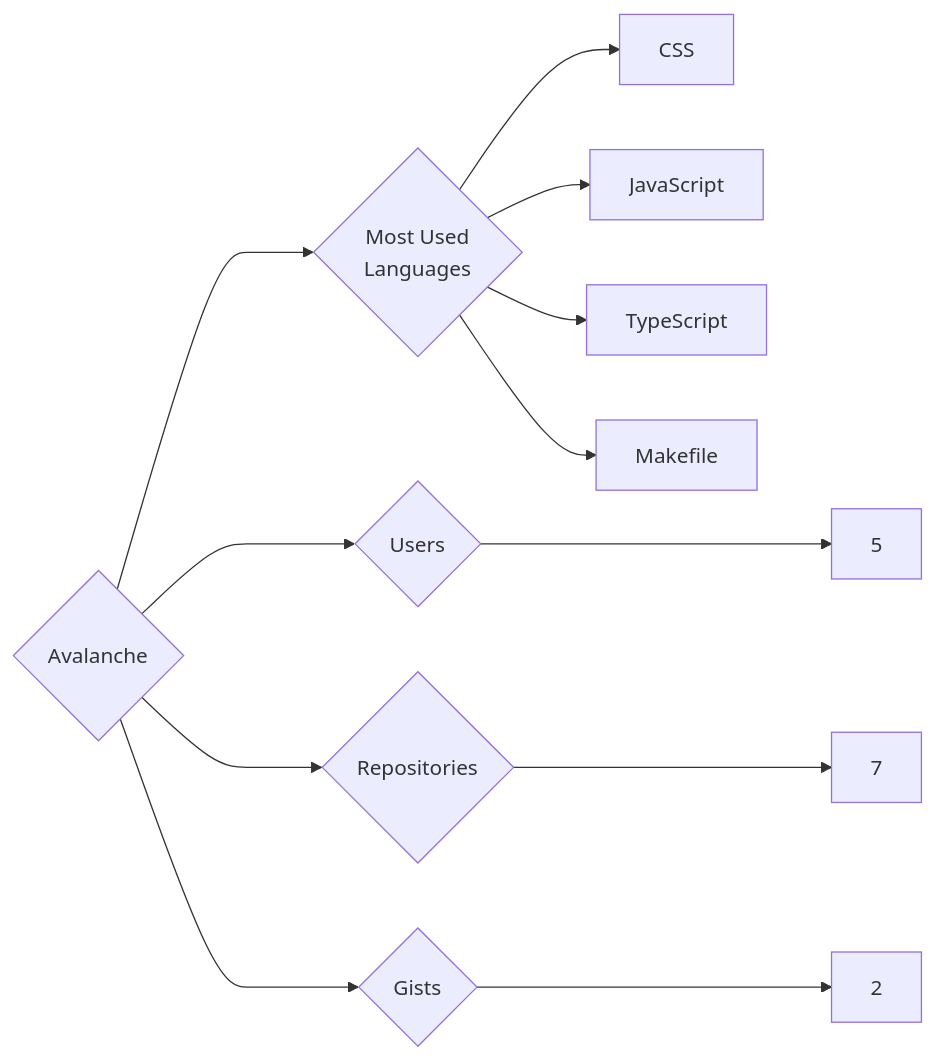
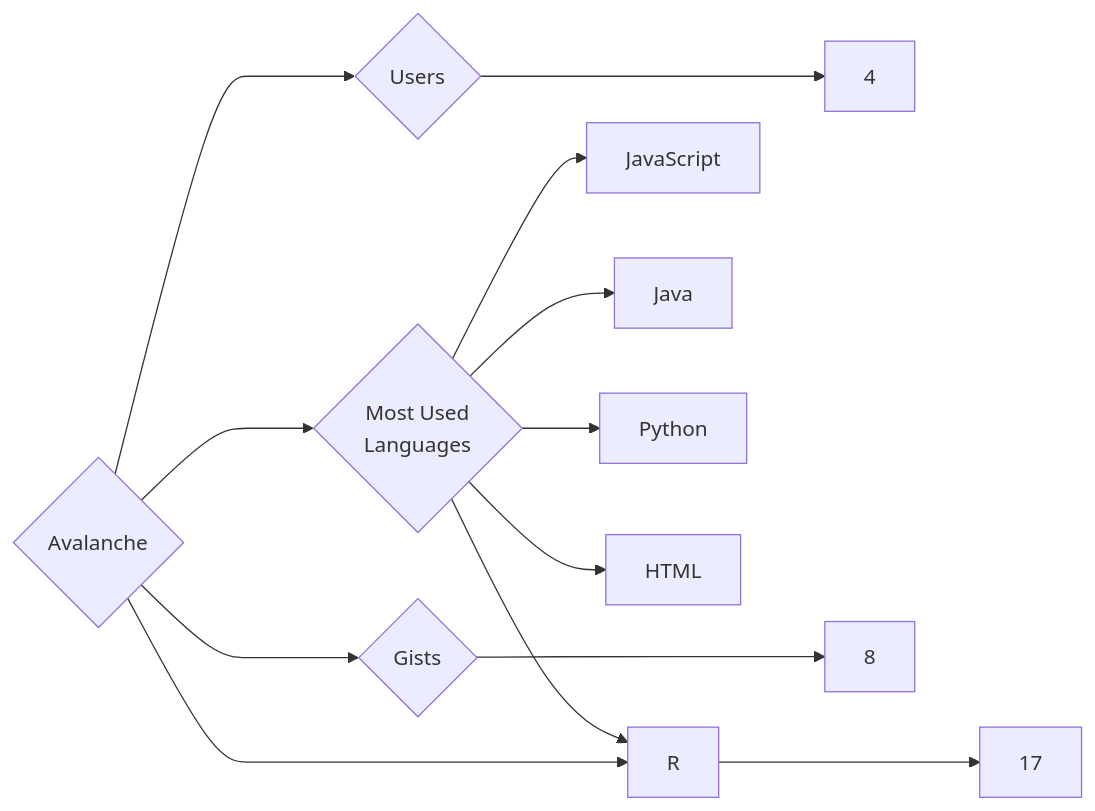
One commit to trickest/insiders changed the diagram in targets/Avalanche/README.md. Above: the diagram before and after it, drawn with Mermaid. The commit also changed 1141 other files, not shown here.

````diff
--- a/targets/Avalanche/README.md
+++ b/targets/Avalanche/README.md
@@ -3,12 +3,13 @@
 ```mermaid
 graph LR
 COMPANY_NAME{Avalanche}
-COMPANY_NAME ---> U{Users} ---> UN[5]
-COMPANY_NAME ---> R{Repositories} ---> RN[7]
-COMPANY_NAME ---> G{Gists} ---> GN[2]
+COMPANY_NAME ---> U{Users} ---> UN[4]
+COMPANY_NAME ---> R{Repositories} ---> RN[17]
+COMPANY_NAME ---> G{Gists} ---> GN[8]
 COMPANY_NAME ---> ML{Most Used<br>Languages}
-ML --> CSS[CSS]
 ML --> JavaScript[JavaScript]
-ML --> TypeScript[TypeScript]
-ML --> Makefile[Makefile]
+ML --> Java[Java]
+ML --> R[R]
+ML --> Python[Python]
+ML --> HTML[HTML]
 ```
````
